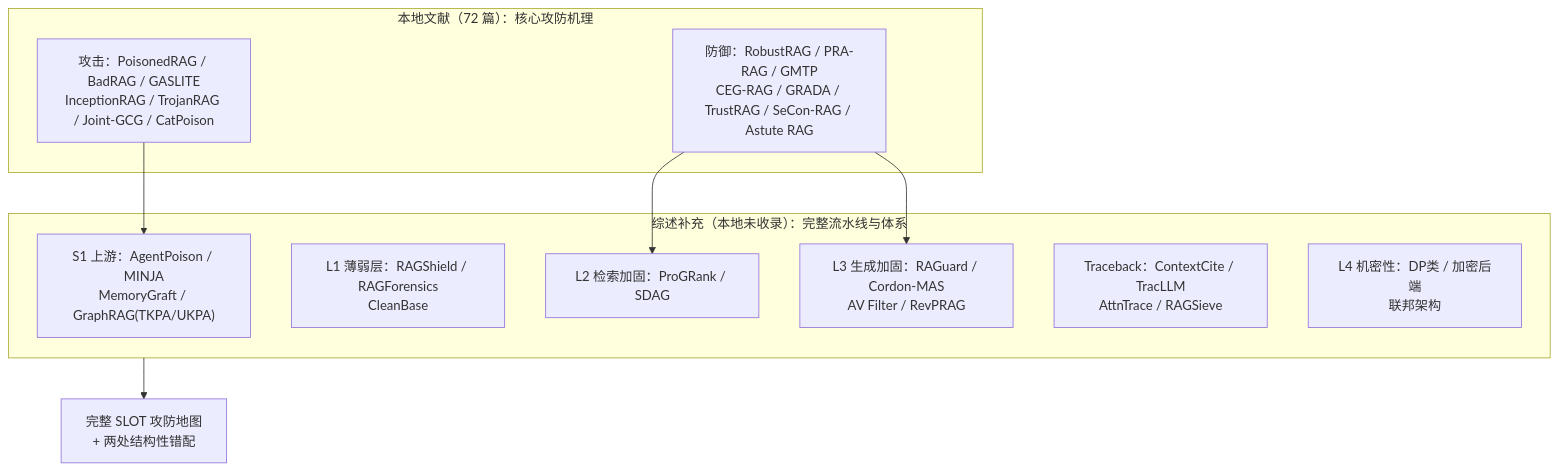
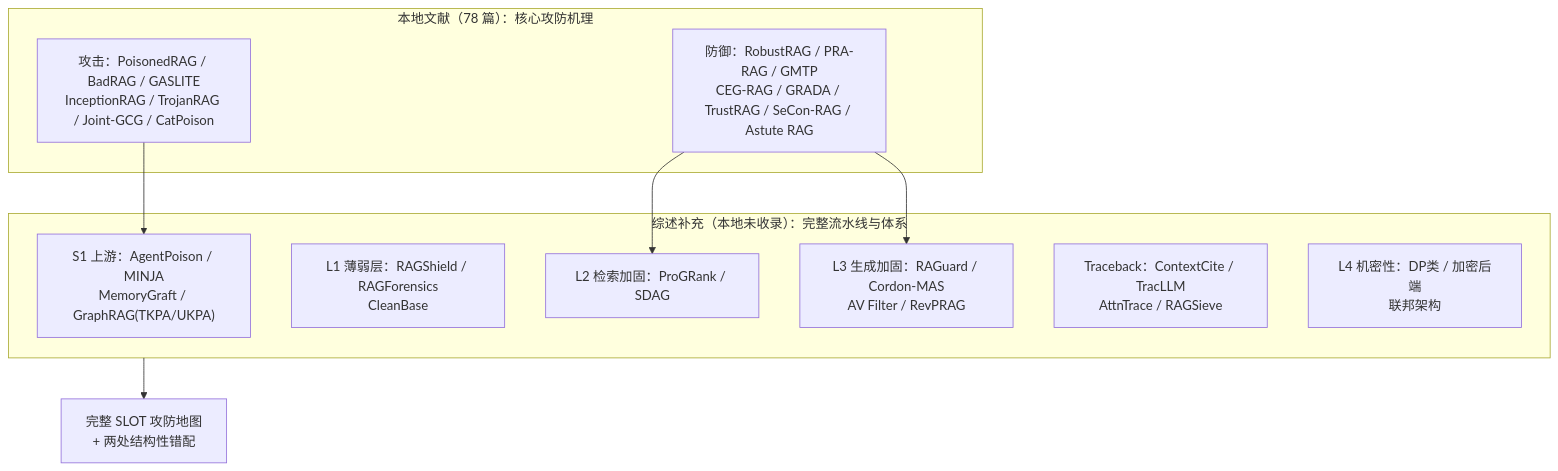
One commit to fgfgfdg8/graduate_thesis_proposal changed the third of 3 diagrams in docs/RAG安全文献攻防技术手段总结报告.md. Above: the diagram before and after it, drawn with Mermaid. The commit also changed other lines of this file, not shown here.

````diff
--- a/docs/RAG安全文献攻防技术手段总结报告.md
+++ b/docs/RAG安全文献攻防技术手段总结报告.md
@@ -1423,19 +1466,19 @@
 ```mermaid
 flowchart TB
-    subgraph ORIG["本地文献（72 篇）：核心攻防机理"]
+    subgraph ORIG["本地文献（78 篇）：核心攻防机理"]
         O1["攻击：PoisonedRAG / BadRAG / GASLITE<br/>InceptionRAG / TrojanRAG / Joint-GCG / CatPoison"]
         O2["防御：RobustRAG / PRA-RAG / GMTP<br/>CEG-RAG / GRADA / TrustRAG / SeCon-RAG / Astute RAG"]
     end
     subgraph NEW["综述补充（本地未收录）：完整流水线与体系"]
         N1["S1 上游：AgentPoison / MINJA<br/>MemoryGraft / GraphRAG(TKPA/UKPA)"]
         N2["L1 薄弱层：RAGShield / RAGForensics<br/>CleanBase"]
         N3["L2 检索加固：ProGRank / SDAG"]
         N4["L3 生成加固：RAGuard / Cordon-MAS<br/>AV Filter / RevPRAG"]
         N5["Traceback：ContextCite / TracLLM<br/>AttnTrace / RAGSieve"]
         N6["L4 机密性：DP类 / 加密后端<br/>联邦架构"]
     end
     O1 --> N1
     O2 --> N3
     O2 --> N4
     NEW --> C["完整 SLOT 攻防地图<br/>+ 两处结构性错配"]
 ```
````
